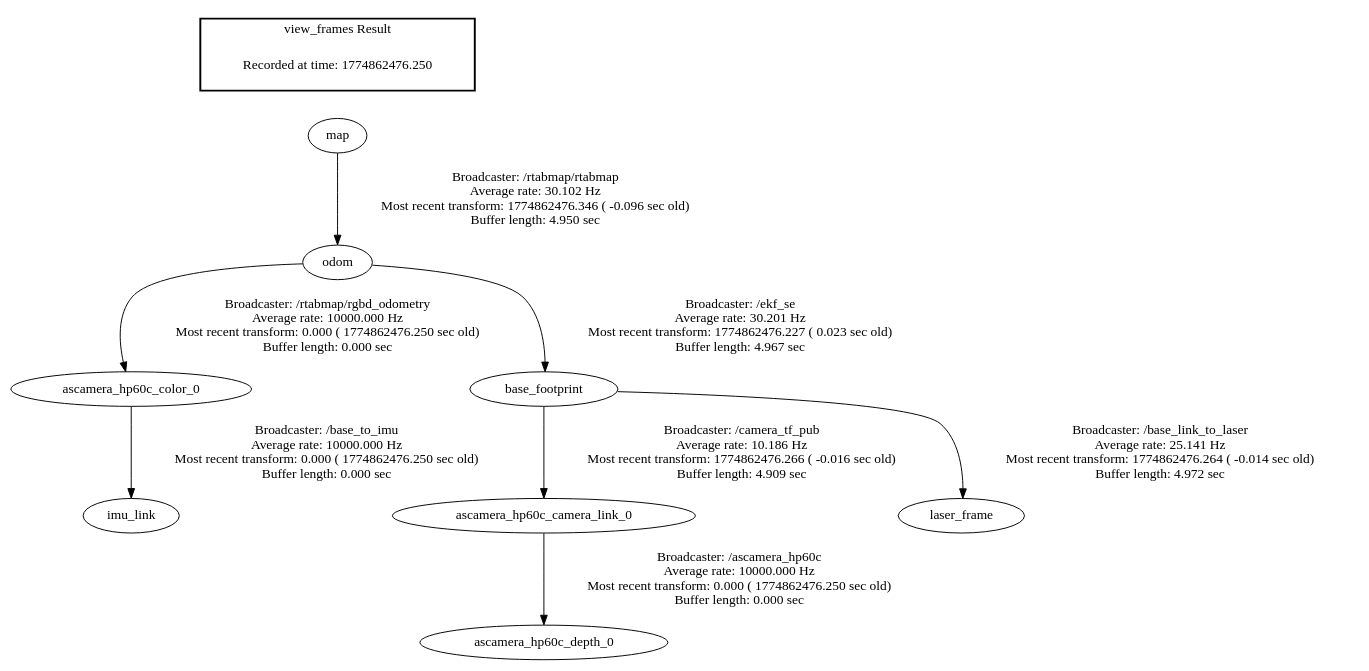
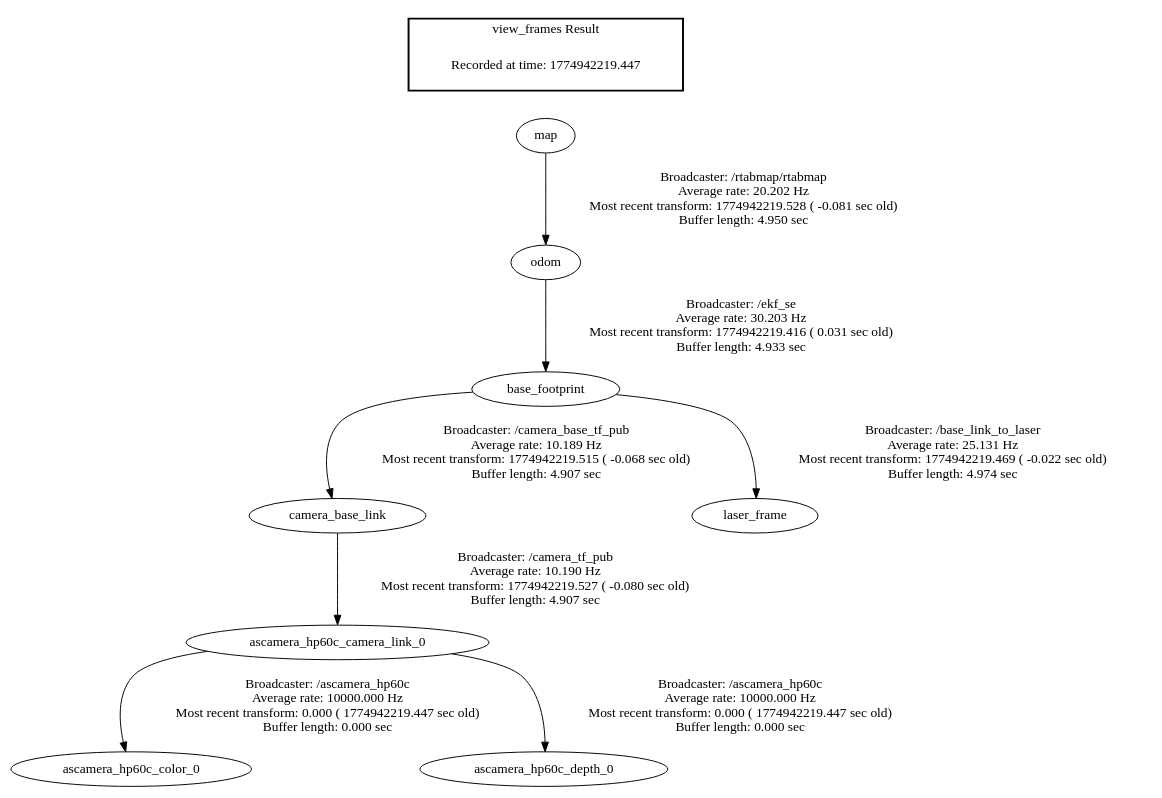
The diagram in NavOA_ws/frames.gv (2022090914028ysr-dotcom/rk3588), drawn with Graphviz before and after one commit. The commit also changed 9 other files, not shown here.

```diff
--- a/NavOA_ws/frames.gv
+++ b/NavOA_ws/frames.gv
@@ -1,13 +1,13 @@
 digraph G {
-"ascamera_hp60c_color_0" -> "imu_link"[label="Broadcaster: /base_to_imu\nAverage rate: 10000.000 Hz\nMost recent transform: 0.000 ( 1774862476.250 sec old)\nBuffer length: 0.000 sec\n"];
-"odom" -> "ascamera_hp60c_color_0"[label="Broadcaster: /rtabmap/rgbd_odometry\nAverage rate: 10000.000 Hz\nMost recent transform: 0.000 ( 1774862476.250 sec old)\nBuffer length: 0.000 sec\n"];
-"base_footprint" -> "ascamera_hp60c_camera_link_0"[label="Broadcaster: /camera_tf_pub\nAverage rate: 10.186 Hz\nMost recent transform: 1774862476.266 ( -0.016 sec old)\nBuffer length: 4.909 sec\n"];
-"ascamera_hp60c_camera_link_0" -> "ascamera_hp60c_depth_0"[label="Broadcaster: /ascamera_hp60c\nAverage rate: 10000.000 Hz\nMost recent transform: 0.000 ( 1774862476.250 sec old)\nBuffer length: 0.000 sec\n"];
-"base_footprint" -> "laser_frame"[label="Broadcaster: /base_link_to_laser\nAverage rate: 25.141 Hz\nMost recent transform: 1774862476.264 ( -0.014 sec old)\nBuffer length: 4.972 sec\n"];
-"odom" -> "base_footprint"[label="Broadcaster: /ekf_se\nAverage rate: 30.201 Hz\nMost recent transform: 1774862476.227 ( 0.023 sec old)\nBuffer length: 4.967 sec\n"];
-"map" -> "odom"[label="Broadcaster: /rtabmap/rtabmap\nAverage rate: 30.102 Hz\nMost recent transform: 1774862476.346 ( -0.096 sec old)\nBuffer length: 4.950 sec\n"];
+"ascamera_hp60c_camera_link_0" -> "ascamera_hp60c_color_0"[label="Broadcaster: /ascamera_hp60c\nAverage rate: 10000.000 Hz\nMost recent transform: 0.000 ( 1774942219.447 sec old)\nBuffer length: 0.000 sec\n"];
+"camera_base_link" -> "ascamera_hp60c_camera_link_0"[label="Broadcaster: /camera_tf_pub\nAverage rate: 10.190 Hz\nMost recent transform: 1774942219.527 ( -0.080 sec old)\nBuffer length: 4.907 sec\n"];
+"ascamera_hp60c_camera_link_0" -> "ascamera_hp60c_depth_0"[label="Broadcaster: /ascamera_hp60c\nAverage rate: 10000.000 Hz\nMost recent transform: 0.000 ( 1774942219.447 sec old)\nBuffer length: 0.000 sec\n"];
+"base_footprint" -> "laser_frame"[label="Broadcaster: /base_link_to_laser\nAverage rate: 25.131 Hz\nMost recent transform: 1774942219.469 ( -0.022 sec old)\nBuffer length: 4.974 sec\n"];
+"odom" -> "base_footprint"[label="Broadcaster: /ekf_se\nAverage rate: 30.203 Hz\nMost recent transform: 1774942219.416 ( 0.031 sec old)\nBuffer length: 4.933 sec\n"];
+"map" -> "odom"[label="Broadcaster: /rtabmap/rtabmap\nAverage rate: 20.202 Hz\nMost recent transform: 1774942219.528 ( -0.081 sec old)\nBuffer length: 4.950 sec\n"];
+"base_footprint" -> "camera_base_link"[label="Broadcaster: /camera_base_tf_pub\nAverage rate: 10.189 Hz\nMost recent transform: 1774942219.515 ( -0.068 sec old)\nBuffer length: 4.907 sec\n"];
 edge [style=invis];
  subgraph cluster_legend { style=bold; color=black; label ="view_frames Result";
-"Recorded at time: 1774862476.250"[ shape=plaintext ] ;
+"Recorded at time: 1774942219.447"[ shape=plaintext ] ;
  }->"map";
 }
```
